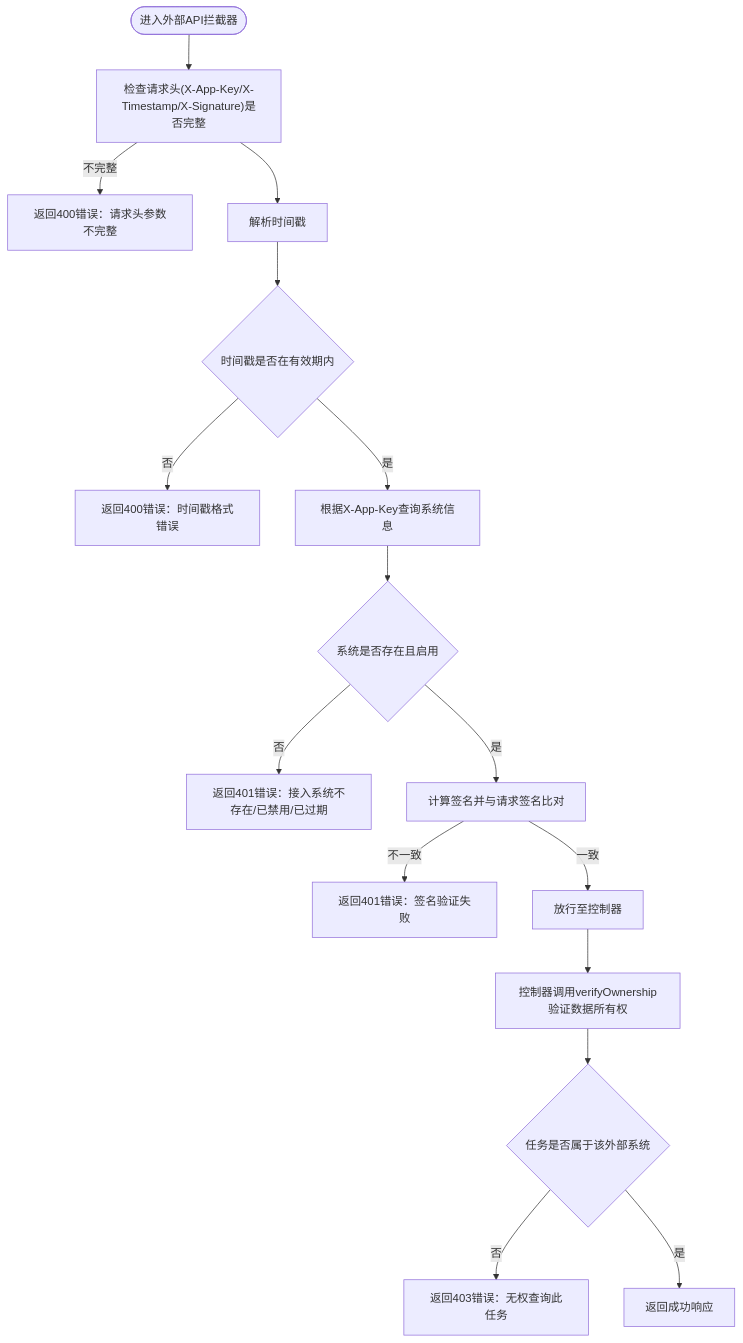
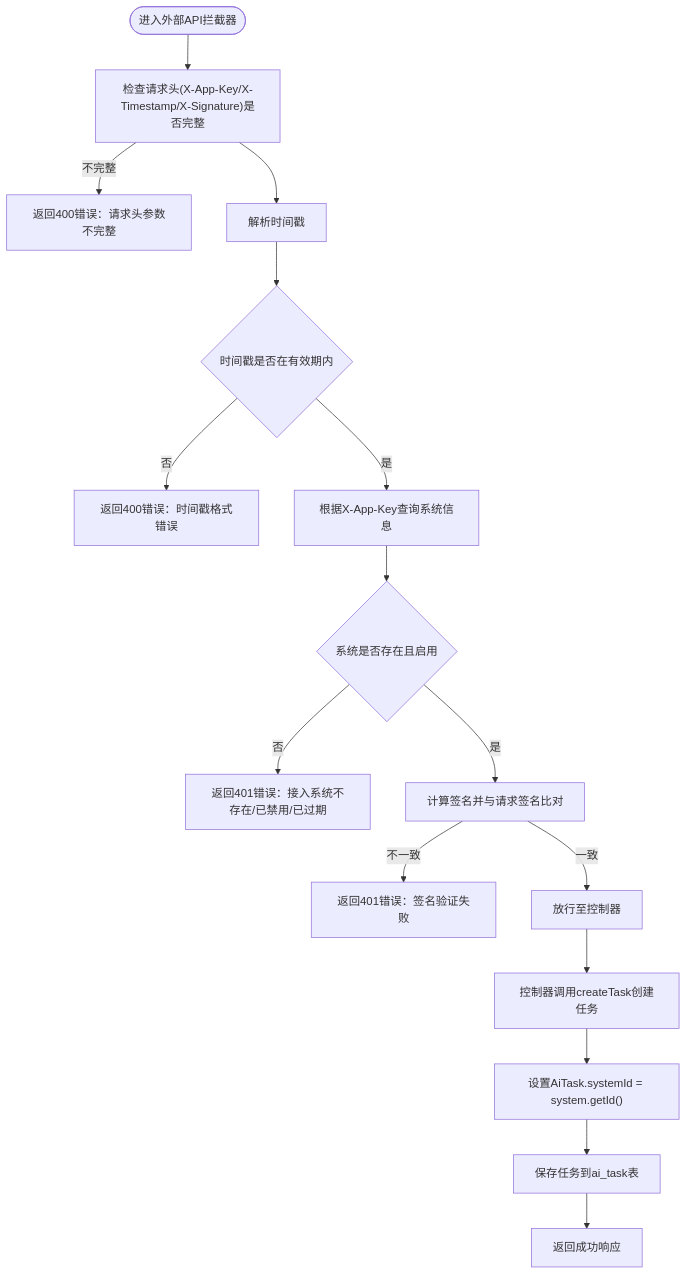
The third of 5 diagrams in .qoder/repowiki/zh/content/API接口文档/外部系统集成API/外部系统集成API.md (DrunkFood/First), drawn with Mermaid before and after one commit. The commit also changed other lines of this file and 58 other files, not shown here.

````diff
--- a/.qoder/repowiki/zh/content/API接口文档/外部系统集成API/外部系统集成API.md
+++ b/.qoder/repowiki/zh/content/API接口文档/外部系统集成API/外部系统集成API.md
@@ -189,18 +205,18 @@
 ```mermaid
 flowchart TD
 Start(["进入外部API拦截器"]) --> CheckHeaders["检查请求头(X-App-Key/X-Timestamp/X-Signature)是否完整"]
 CheckHeaders --> |不完整| ParamError["返回400错误：请求头参数不完整"]
 CheckHeaders --> ParseTs["解析时间戳"]
 ParseTs --> TsValid{"时间戳是否在有效期内"}
 TsValid --> |否| SignError["返回400错误：时间戳格式错误"]
 TsValid --> |是| QuerySystem["根据X-App-Key查询系统信息"]
 QuerySystem --> SystemExists{"系统是否存在且启用"}
 SystemExists --> |否| AuthError["返回401错误：接入系统不存在/已禁用/已过期"]
 SystemExists --> |是| VerifySig["计算签名并与请求签名比对"]
 VerifySig --> |不一致| SigFail["返回401错误：签名验证失败"]
 VerifySig --> |一致| Pass["放行至控制器"]
-Pass --> DataVerify["控制器调用verifyOwnership验证数据所有权"]
-DataVerify --> OwnershipCheck{"任务是否属于该外部系统"}
-OwnershipCheck --> |否| Forbidden["返回403错误：无权查询此任务"]
-OwnershipCheck --> |是| Success["返回成功响应"]
+Pass --> CreateTask["控制器调用createTask创建任务"]
+CreateTask --> SetSystemId["设置AiTask.systemId = system.getId()"]
+SetSystemId --> SaveTask["保存任务到ai_task表"]
+SaveTask --> Success["返回成功响应"]
 ```
````
